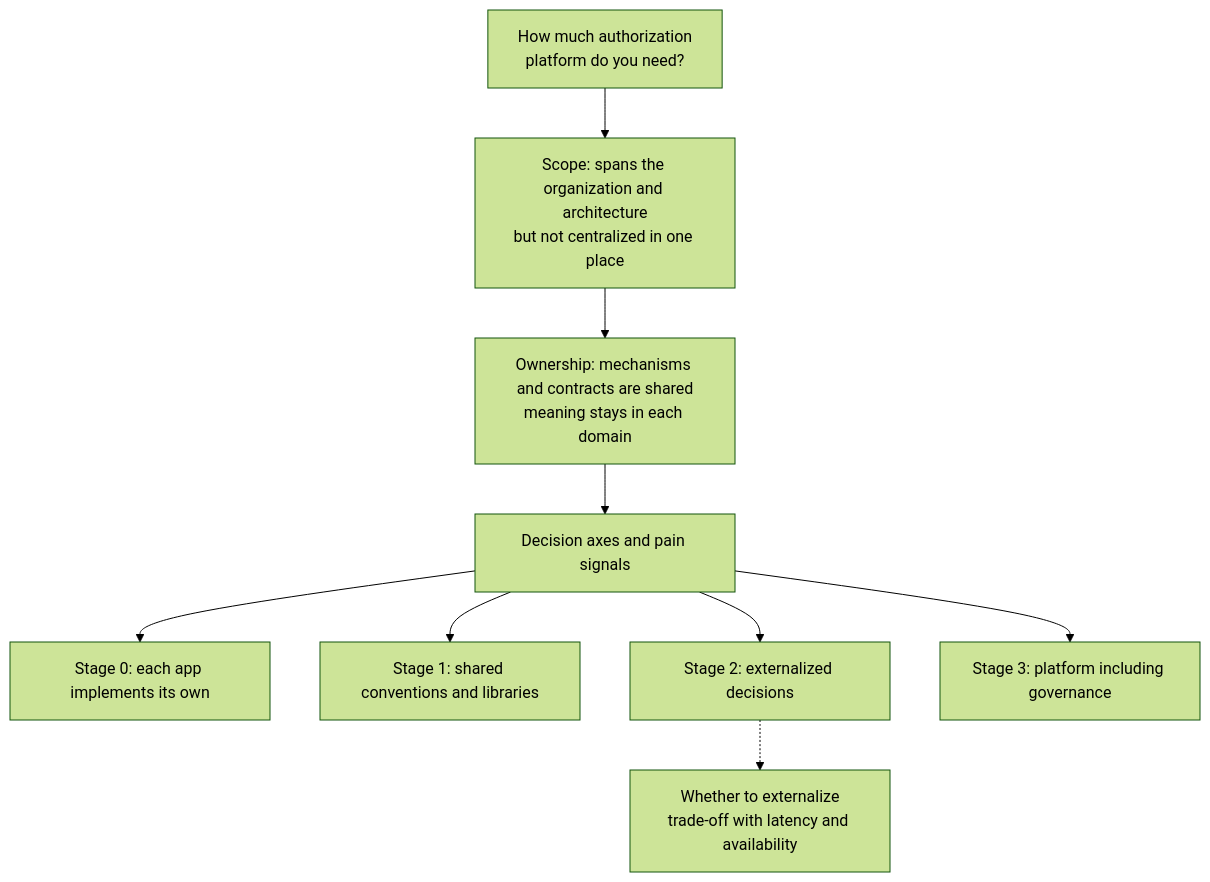
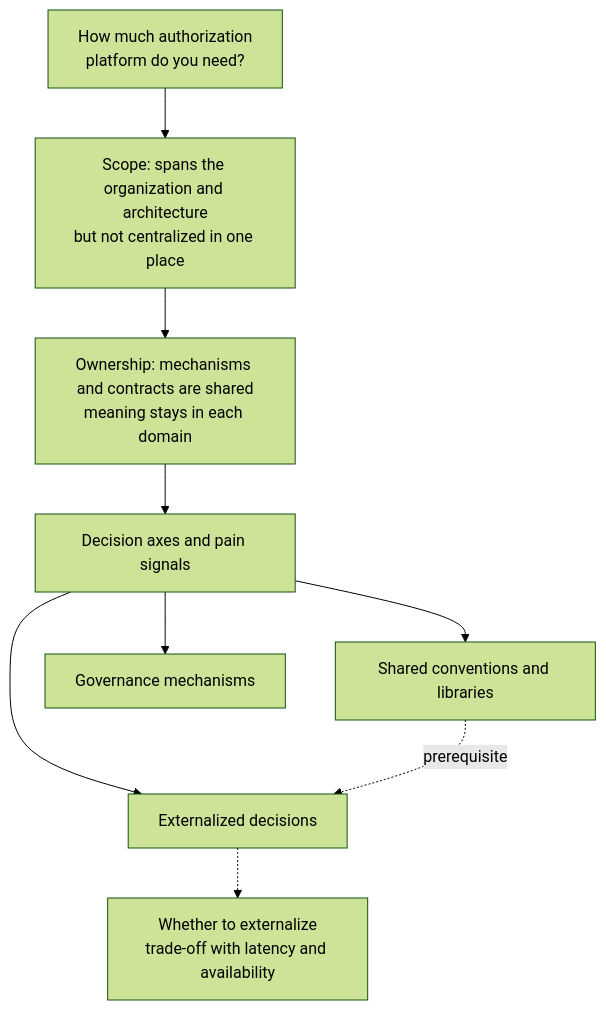
Before and after one commit to bmf-san/bmf-tech: the first of 3 diagrams in content/en/posts/authorization-platform-scope-stages.md, drawn with Mermaid (forest theme). The commit also changed other lines of this file and 1 other file, not shown here.

````diff
--- a/content/en/posts/authorization-platform-scope-stages.md
+++ b/content/en/posts/authorization-platform-scope-stages.md
@@ -36,11 +36,11 @@
 ```mermaid
 flowchart TB
   Q["How much authorization<br/>platform do you need?"] --> S["Scope: spans the organization and architecture<br/>but not centralized in one place"]
   S --> D["Ownership: mechanisms and contracts are shared<br/>meaning stays in each domain"]
   D --> A["Decision axes and pain signals"]
-  A --> L0["Stage 0: each app implements its own"]
-  A --> L1["Stage 1: shared conventions and libraries"]
-  A --> L2["Stage 2: externalized decisions"]
-  A --> L3["Stage 3: platform including governance"]
-  L2 -.-> X["Whether to externalize<br/>trade-off with latency and availability"]
+  A --> P1["Shared conventions and libraries"]
+  A --> P2["Externalized decisions"]
+  A --> P3["Governance mechanisms"]
+  P1 -. "prerequisite" .-> P2
+  P2 -.-> X["Whether to externalize<br/>trade-off with latency and availability"]
 ```
````
